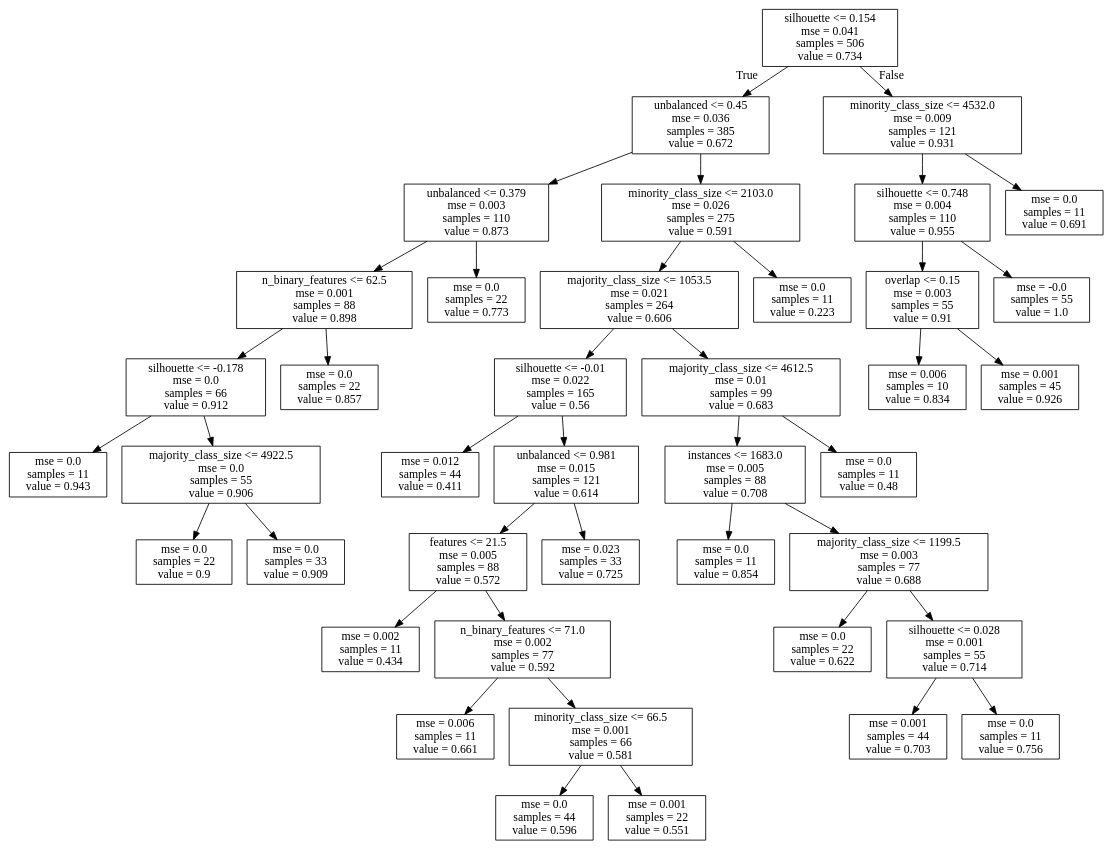
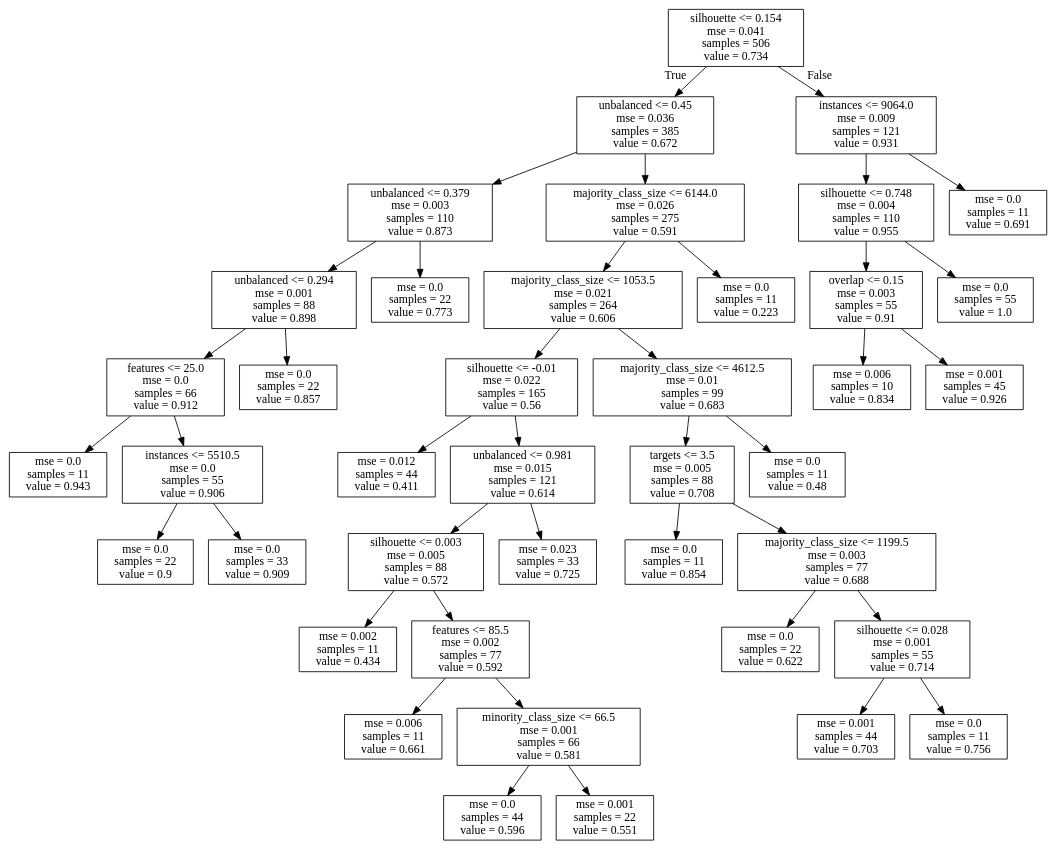
The diagram in analysis/learning/regression/results/trees/knn_f1_scores.dot (rsboos/DistributedClassifier), drawn with Graphviz before and after one commit. The commit also changed 68 other files, not shown here.

```diff
--- a/analysis/learning/regression/results/trees/knn_f1_scores.dot
+++ b/analysis/learning/regression/results/trees/knn_f1_scores.dot
@@ -1,84 +1,84 @@
 digraph Tree {
 node [shape=box] ;
 0 [label="silhouette <= 0.154\nmse = 0.041\nsamples = 506\nvalue = 0.734"] ;
 1 [label="unbalanced <= 0.45\nmse = 0.036\nsamples = 385\nvalue = 0.672"] ;
 0 -> 1 [labeldistance=2.5, labelangle=45, headlabel="True"] ;
 2 [label="unbalanced <= 0.379\nmse = 0.003\nsamples = 110\nvalue = 0.873"] ;
 1 -> 2 ;
-3 [label="n_binary_features <= 62.5\nmse = 0.001\nsamples = 88\nvalue = 0.898"] ;
+3 [label="unbalanced <= 0.294\nmse = 0.001\nsamples = 88\nvalue = 0.898"] ;
 2 -> 3 ;
-4 [label="silhouette <= -0.178\nmse = 0.0\nsamples = 66\nvalue = 0.912"] ;
+4 [label="features <= 25.0\nmse = 0.0\nsamples = 66\nvalue = 0.912"] ;
 3 -> 4 ;
 5 [label="mse = 0.0\nsamples = 11\nvalue = 0.943"] ;
 4 -> 5 ;
-6 [label="majority_class_size <= 4922.5\nmse = 0.0\nsamples = 55\nvalue = 0.906"] ;
+6 [label="instances <= 5510.5\nmse = 0.0\nsamples = 55\nvalue = 0.906"] ;
 4 -> 6 ;
 7 [label="mse = 0.0\nsamples = 22\nvalue = 0.9"] ;
 6 -> 7 ;
 8 [label="mse = 0.0\nsamples = 33\nvalue = 0.909"] ;
 6 -> 8 ;
 9 [label="mse = 0.0\nsamples = 22\nvalue = 0.857"] ;
 3 -> 9 ;
 10 [label="mse = 0.0\nsamples = 22\nvalue = 0.773"] ;
 2 -> 10 ;
-11 [label="minority_class_size <= 2103.0\nmse = 0.026\nsamples = 275\nvalue = 0.591"] ;
+11 [label="majority_class_size <= 6144.0\nmse = 0.026\nsamples = 275\nvalue = 0.591"] ;
 1 -> 11 ;
 12 [label="majority_class_size <= 1053.5\nmse = 0.021\nsamples = 264\nvalue = 0.606"] ;
 11 -> 12 ;
 13 [label="silhouette <= -0.01\nmse = 0.022\nsamples = 165\nvalue = 0.56"] ;
 12 -> 13 ;
 14 [label="mse = 0.012\nsamples = 44\nvalue = 0.411"] ;
 13 -> 14 ;
 15 [label="unbalanced <= 0.981\nmse = 0.015\nsamples = 121\nvalue = 0.614"] ;
 13 -> 15 ;
-16 [label="features <= 21.5\nmse = 0.005\nsamples = 88\nvalue = 0.572"] ;
+16 [label="silhouette <= 0.003\nmse = 0.005\nsamples = 88\nvalue = 0.572"] ;
 15 -> 16 ;
 17 [label="mse = 0.002\nsamples = 11\nvalue = 0.434"] ;
 16 -> 17 ;
-18 [label="n_binary_features <= 71.0\nmse = 0.002\nsamples = 77\nvalue = 0.592"] ;
+18 [label="features <= 85.5\nmse = 0.002\nsamples = 77\nvalue = 0.592"] ;
 16 -> 18 ;
 19 [label="mse = 0.006\nsamples = 11\nvalue = 0.661"] ;
 18 -> 19 ;
 20 [label="minority_class_size <= 66.5\nmse = 0.001\nsamples = 66\nvalue = 0.581"] ;
 18 -> 20 ;
 21 [label="mse = 0.0\nsamples = 44\nvalue = 0.596"] ;
 20 -> 21 ;
 22 [label="mse = 0.001\nsamples = 22\nvalue = 0.551"] ;
 20 -> 22 ;
 23 [label="mse = 0.023\nsamples = 33\nvalue = 0.725"] ;
 15 -> 23 ;
 24 [label="majority_class_size <= 4612.5\nmse = 0.01\nsamples = 99\nvalue = 0.683"] ;
 12 -> 24 ;
-25 [label="instances <= 1683.0\nmse = 0.005\nsamples = 88\nvalue = 0.708"] ;
+25 [label="targets <= 3.5\nmse = 0.005\nsamples = 88\nvalue = 0.708"] ;
 24 -> 25 ;
 26 [label="mse = 0.0\nsamples = 11\nvalue = 0.854"] ;
 25 -> 26 ;
 27 [label="majority_class_size <= 1199.5\nmse = 0.003\nsamples = 77\nvalue = 0.688"] ;
 25 -> 27 ;
 28 [label="mse = 0.0\nsamples = 22\nvalue = 0.622"] ;
 27 -> 28 ;
 29 [label="silhouette <= 0.028\nmse = 0.001\nsamples = 55\nvalue = 0.714"] ;
 27 -> 29 ;
 30 [label="mse = 0.001\nsamples = 44\nvalue = 0.703"] ;
 29 -> 30 ;
 31 [label="mse = 0.0\nsamples = 11\nvalue = 0.756"] ;
 29 -> 31 ;
 32 [label="mse = 0.0\nsamples = 11\nvalue = 0.48"] ;
 24 -> 32 ;
 33 [label="mse = 0.0\nsamples = 11\nvalue = 0.223"] ;
 11 -> 33 ;
-34 [label="minority_class_size <= 4532.0\nmse = 0.009\nsamples = 121\nvalue = 0.931"] ;
+34 [label="instances <= 9064.0\nmse = 0.009\nsamples = 121\nvalue = 0.931"] ;
 0 -> 34 [labeldistance=2.5, labelangle=-45, headlabel="False"] ;
 35 [label="silhouette <= 0.748\nmse = 0.004\nsamples = 110\nvalue = 0.955"] ;
 34 -> 35 ;
 36 [label="overlap <= 0.15\nmse = 0.003\nsamples = 55\nvalue = 0.91"] ;
 35 -> 36 ;
 37 [label="mse = 0.006\nsamples = 10\nvalue = 0.834"] ;
 36 -> 37 ;
 38 [label="mse = 0.001\nsamples = 45\nvalue = 0.926"] ;
 36 -> 38 ;
-39 [label="mse = -0.0\nsamples = 55\nvalue = 1.0"] ;
+39 [label="mse = 0.0\nsamples = 55\nvalue = 1.0"] ;
 35 -> 39 ;
 40 [label="mse = 0.0\nsamples = 11\nvalue = 0.691"] ;
 34 -> 40 ;
 }
```
